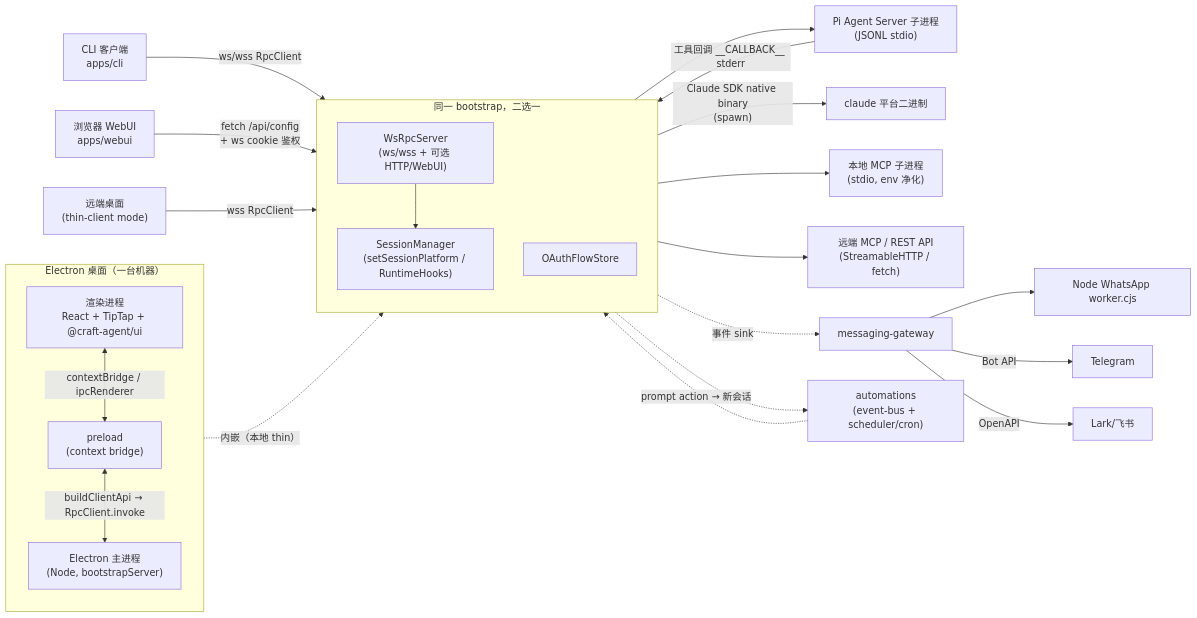
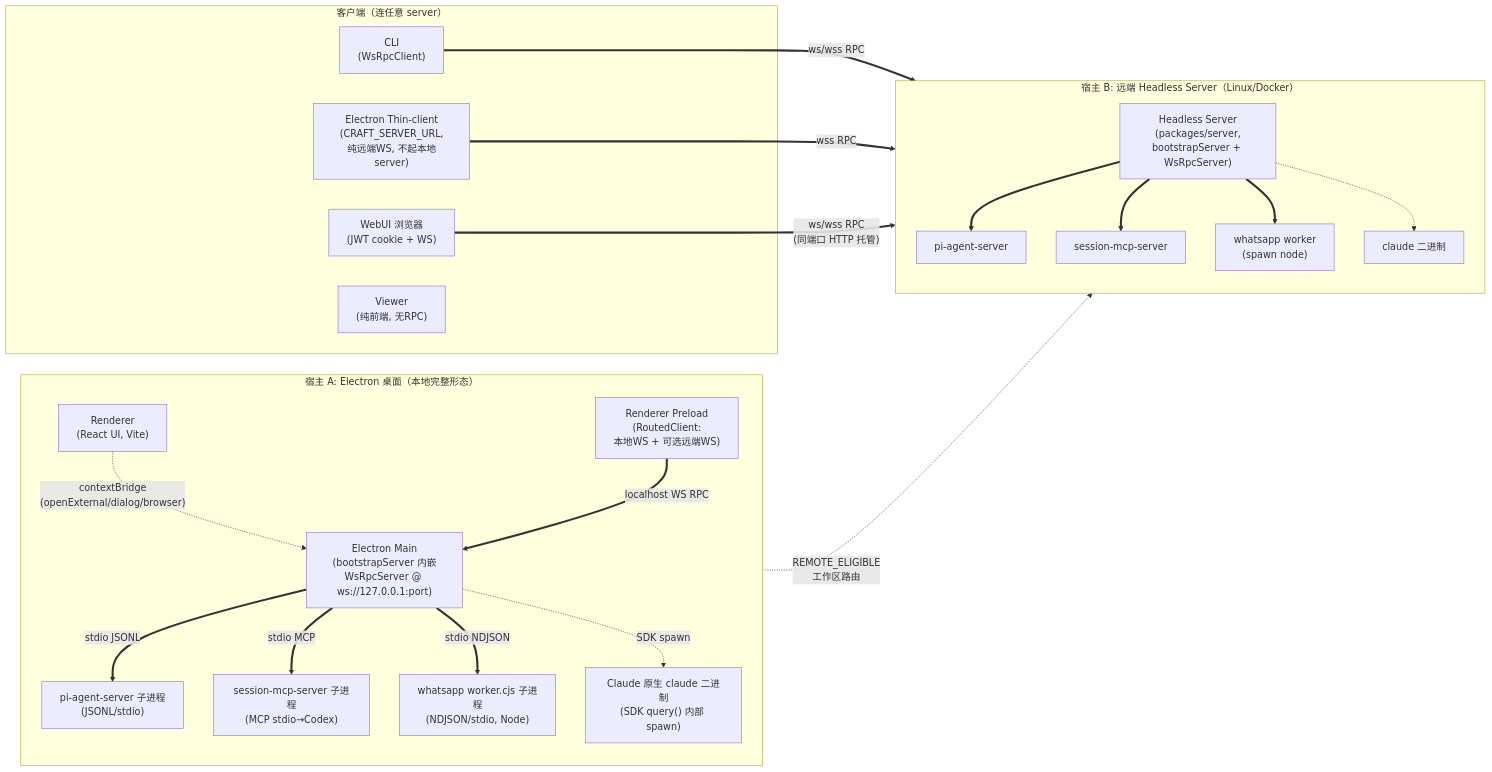
One commit to TTsWorld/craft-agents-oss changed the second of 4 diagrams in docs/code-research/01_architecture.md. Above: the diagram before and after it, drawn with Mermaid. The commit also changed other lines of this file and 13 other files, not shown here.

````diff
--- a/docs/code-research/01_architecture.md
+++ b/docs/code-research/01_architecture.md
@@ -104,39 +267,46 @@
 ```mermaid
-flowchart LR
-  subgraph Desktop["Electron 桌面（一台机器）"]
-    direction TB
-    Rend["渲染进程<br/>React + TipTap + @craft-agent/ui"]
-    Pre["preload<br/>(context bridge)"]
-    Main["Electron 主进程<br/>(Node, bootstrapServer)"]
-    Rend <-->|"contextBridge / ipcRenderer"| Pre
-    Pre <-->|"buildClientApi → RpcClient.invoke"| Main
-  end
+graph LR
+    subgraph 宿主A["宿主 A: Electron 桌面（本地完整形态）"]
+        direction TB
+        EMain["Electron Main<br/>(bootstrapServer 内嵌<br/>WsRpcServer @ ws://127.0.0.1:port)"]
+        EPreload["Renderer Preload<br/>(RoutedClient:<br/>本地WS + 可选远端WS)"]
+        ERender["Renderer<br/>(React UI, Vite)"]
+        ClaudeBin["Claude 原生 claude 二进制<br/>(SDK query() 内部 spawn)"]
+        PiSub["pi-agent-server 子进程<br/>(JSONL/stdio)"]
+        McpSub["session-mcp-server 子进程<br/>(MCP stdio→Codex)"]
+        WaSub["whatsapp worker.cjs 子进程<br/>(NDJSON/stdio, Node)"]
 
-  subgraph HeadlessOrMain["同一 bootstrap，二选一"]
-    direction TB
-    Serv["WsRpcServer<br/>(ws/wss + 可选 HTTP/WebUI)"]
-    SM["SessionManager<br/>(setSessionPlatform / RuntimeHooks)"]
-    Auth["OAuthFlowStore"]
-    Serv --> SM
-  end
+        ERender -. "contextBridge<br/>(openExternal/dialog/browser)" .-> EMain
+        EPreload == "localhost WS RPC" ==> EMain
+        EMain == "stdio JSONL" ==> PiSub
+        EMain == "stdio MCP" ==> McpSub
+        EMain == "stdio NDJSON" ==> WaSub
+        EMain -. "SDK spawn" .-> ClaudeBin
+    end
 
-  Main -.->|"内嵌（本地 thin）"| Serv
-  RemoteCli["CLI 客户端<br/>apps/cli"] -->|"ws/wss RpcClient"| Serv
-  Browser["浏览器 WebUI<br/>apps/webui"] -->|"fetch /api/config<br/>+ ws cookie 鉴权"| Serv
-  RemoteDesk["远端桌面<br/>(thin-client mode)"] -->|"wss RpcClient"| Serv
+    subgraph 宿主B["宿主 B: 远端 Headless Server（Linux/Docker）"]
+        direction TB
+        HServer["Headless Server<br/>(packages/server,<br/>bootstrapServer + WsRpcServer)"]
+        HPi["pi-agent-server"]
+        HMcp["session-mcp-server"]
+        HWa["whatsapp worker<br/>(spawn node)"]
+        HClaude["claude 二进制"]
 
-  SM --> PiSub["Pi Agent Server 子进程<br/>(JSONL stdio)"]
-  SM -->|"Claude SDK native binary<br/>(spawn)"| ClaudeNative["claude 平台二进制"]
-  SM --> StdioMcp["本地 MCP 子进程<br/>(stdio, env 净化)"]
-  SM --> RemoteRpc["远端 MCP / REST API<br/>(StreamableHTTP / fetch)"]
-  PiSub -->|"工具回调 __CALLBACK__ stderr"| SM
+        HServer ==> HPi
+        HServer ==> HMcp
+        HServer ==> HWa
+        HServer -.-> HClaude
+    end
 
-  SM -.->|"事件 sink"| MsgGw["messaging-gateway"]
-  MsgGw --> WAWorker["Node WhatsApp worker.cjs"]
-  MsgGw -->|"Bot API"| TG["Telegram"]
-  MsgGw -->|"OpenAPI"| Lark["Lark/飞书"]
+    subgraph 客户端["客户端（连任意 server）"]
+        CLI["CLI<br/>(WsRpcClient)"]
+        Thin["Electron Thin-client<br/>(CRAFT_SERVER_URL,<br/>纯远端WS, 不起本地server)"]
+        Web["WebUI 浏览器<br/>(JWT cookie + WS)"]
+        ViewerApp["Viewer<br/>(纯前端, 无RPC)"]
+    end
 
-  Autom["automations<br/>(event-bus + scheduler/cron)"]
-  SM -.-> Autom
-  Autom -.->|"prompt action → 新会话"| SM
+    CLI == "ws/wss RPC" ==> HServer
+    Thin == "wss RPC" ==> HServer
+    Web == "ws/wss RPC<br/>(同端口 HTTP 托管)" ==> HServer
+    EPreload -. "REMOTE_ELIGIBLE<br/>工作区路由" .-> HServer
 ```
````
